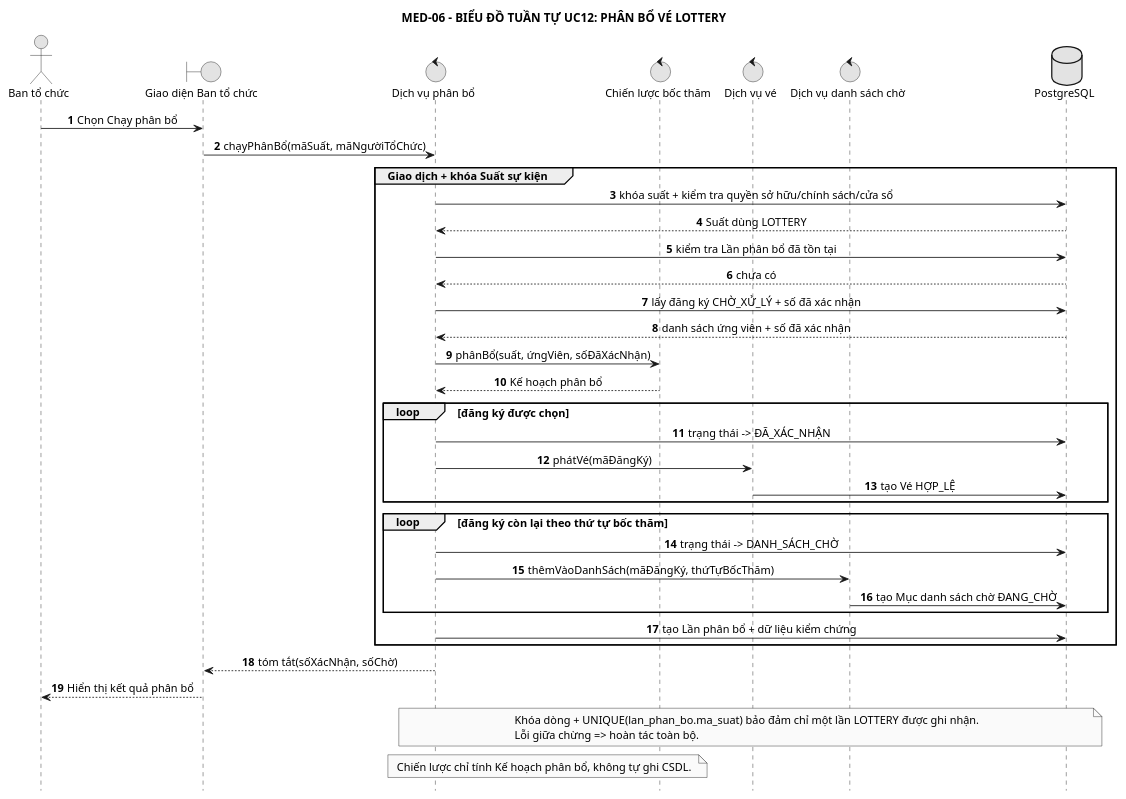
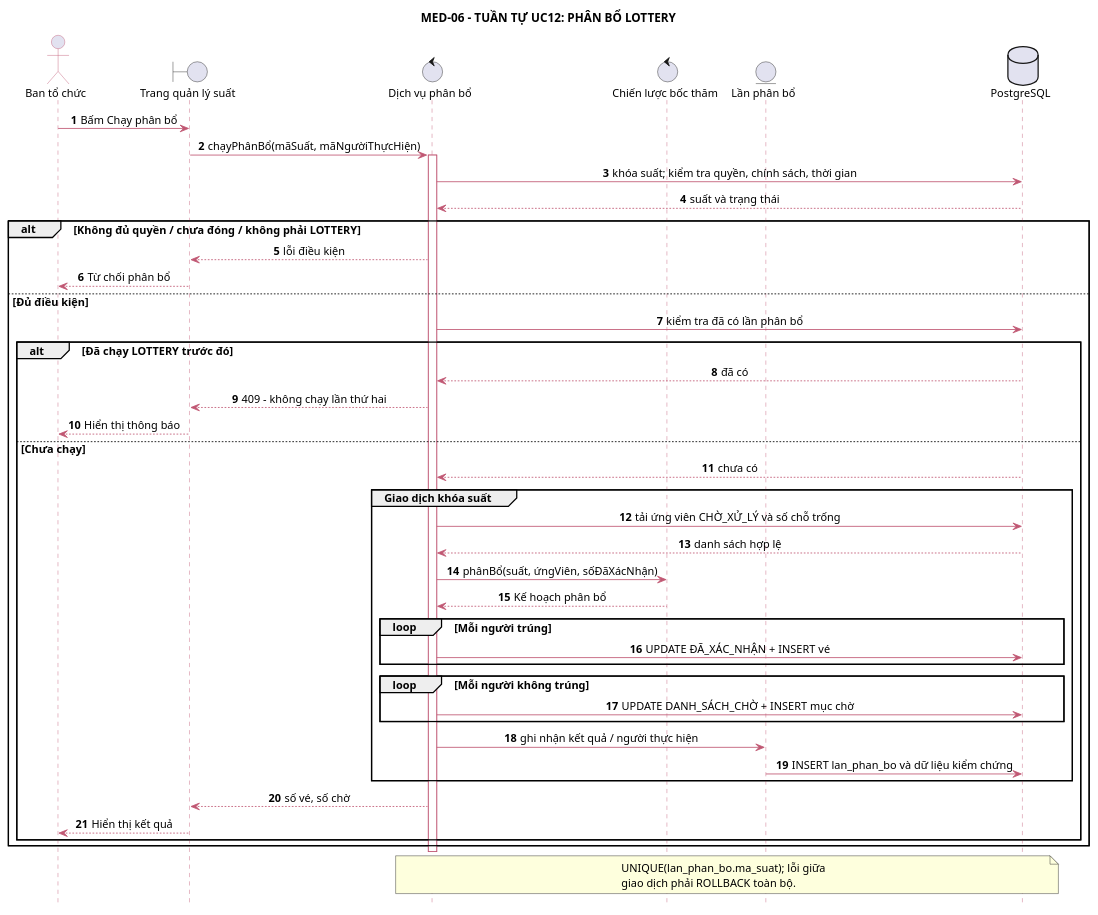
Before and after one commit to anh632k-ui/OOP-DoAn: the diagram in PTTK/05_Sequence/03-uc12-lottery-allocation.puml, drawn with PlantUML. The commit also changed 4 other files, not shown here.

Commit message:
fix(pttk): 5 Sequence theo Actor Boundary Control Entity, phân nhánh lỗi và giao dịch

```diff
--- a/PTTK/05_Sequence/03-uc12-lottery-allocation.puml
+++ b/PTTK/05_Sequence/03-uc12-lottery-allocation.puml
@@ -1,49 +1,63 @@
 @startuml
-skinparam monochrome true
+skinparam backgroundColor white
 skinparam shadowing false
+skinparam defaultFontName Arial
 skinparam defaultFontSize 13
 skinparam sequenceMessageAlign center
 skinparam responseMessageBelowArrow true
+skinparam sequence {
+  ArrowColor #C05773
+  LifeLineBorderColor #C05773
+  ParticipantBackgroundColor #FFF8CE
+  ParticipantBorderColor #C05773
+  ActorBorderColor #C05773
+}
 hide footbox
-title MED-06 - BIỂU ĐỒ TUẦN TỰ UC12: PHÂN BỔ VÉ LOTTERY
-actor "Ban tổ chức" as BTC
-boundary "Giao diện Ban tổ chức" as UI
+autonumber
+title MED-06 - TUẦN TỰ UC12: PHÂN BỔ LOTTERY
+actor "Ban tổ chức" as A
+boundary "Trang quản lý suất" as UI
 control "Dịch vụ phân bổ" as PB
 control "Chiến lược bốc thăm" as CL
-control "Dịch vụ vé" as VE
-control "Dịch vụ danh sách chờ" as DSC
-database "PostgreSQL" as CSDL
-autonumber
-BTC -> UI : Chọn Chạy phân bổ
-UI -> PB : chạyPhânBổ(mãSuất, mãNgườiTổChức)
-group Giao dịch + khóa Suất sự kiện
-  PB -> CSDL : khóa suất + kiểm tra quyền sở hữu/chính sách/cửa sổ
-  CSDL --> PB : Suất dùng LOTTERY
-  PB -> CSDL : kiểm tra Lần phân bổ đã tồn tại
-  CSDL --> PB : chưa có
-  PB -> CSDL : lấy đăng ký CHỜ_XỬ_LÝ + số đã xác nhận
-  CSDL --> PB : danh sách ứng viên + số đã xác nhận
-  PB -> CL : phânBổ(suất, ứngViên, sốĐãXácNhận)
-  CL --> PB : Kế hoạch phân bổ
-  loop đăng ký được chọn
-    PB -> CSDL : trạng thái -> ĐÃ_XÁC_NHẬN
-    PB -> VE : phátVé(mãĐăngKý)
-    VE -> CSDL : tạo Vé HỢP_LỆ
+entity "Lần phân bổ" as ENT
+database "PostgreSQL" as DB
+A -> UI : Bấm Chạy phân bổ
+UI -> PB : chạyPhânBổ(mãSuất, mãNgườiThựcHiện)
+activate PB
+PB -> DB : khóa suất; kiểm tra quyền, chính sách, thời gian
+DB --> PB : suất và trạng thái
+alt Không đủ quyền / chưa đóng / không phải LOTTERY
+  PB --> UI : lỗi điều kiện
+  UI --> A : Từ chối phân bổ
+else Đủ điều kiện
+  PB -> DB : kiểm tra đã có lần phân bổ
+  alt Đã chạy LOTTERY trước đó
+    DB --> PB : đã có
+    PB --> UI : 409 - không chạy lần thứ hai
+    UI --> A : Hiển thị thông báo
+  else Chưa chạy
+    DB --> PB : chưa có
+    group Giao dịch khóa suất
+      PB -> DB : tải ứng viên CHỜ_XỬ_LÝ và số chỗ trống
+      DB --> PB : danh sách hợp lệ
+      PB -> CL : phânBổ(suất, ứngViên, sốĐãXácNhận)
+      CL --> PB : Kế hoạch phân bổ
+      loop Mỗi người trúng
+        PB -> DB : UPDATE ĐÃ_XÁC_NHẬN + INSERT vé
+      end
+      loop Mỗi người không trúng
+        PB -> DB : UPDATE DANH_SÁCH_CHỜ + INSERT mục chờ
+      end
+      PB -> ENT : ghi nhận kết quả / người thực hiện
+      ENT -> DB : INSERT lan_phan_bo và dữ liệu kiểm chứng
+    end
+    PB --> UI : số vé, số chờ
+    UI --> A : Hiển thị kết quả
   end
-  loop đăng ký còn lại theo thứ tự bốc thăm
-    PB -> CSDL : trạng thái -> DANH_SÁCH_CHỜ
-    PB -> DSC : thêmVàoDanhSách(mãĐăngKý, thứTựBốcThăm)
-    DSC -> CSDL : tạo Mục danh sách chờ ĐANG_CHỜ
-  end
-  PB -> CSDL : tạo Lần phân bổ + dữ liệu kiểm chứng
 end
-PB --> UI : tóm tắt(sốXácNhận, sốChờ)
-UI --> BTC : Hiển thị kết quả phân bổ
-note over PB,CSDL
-Khóa dòng + UNIQUE(lan_phan_bo.ma_suat) bảo đảm chỉ một lần LOTTERY được ghi nhận.
-Lỗi giữa chừng => hoàn tác toàn bộ.
-end note
-note over PB,CL
-Chiến lược chỉ tính Kế hoạch phân bổ, không tự ghi CSDL.
+deactivate PB
+note over PB,DB
+UNIQUE(lan_phan_bo.ma_suat); lỗi giữa
+giao dịch phải ROLLBACK toàn bộ.
 end note
 @enduml
```
